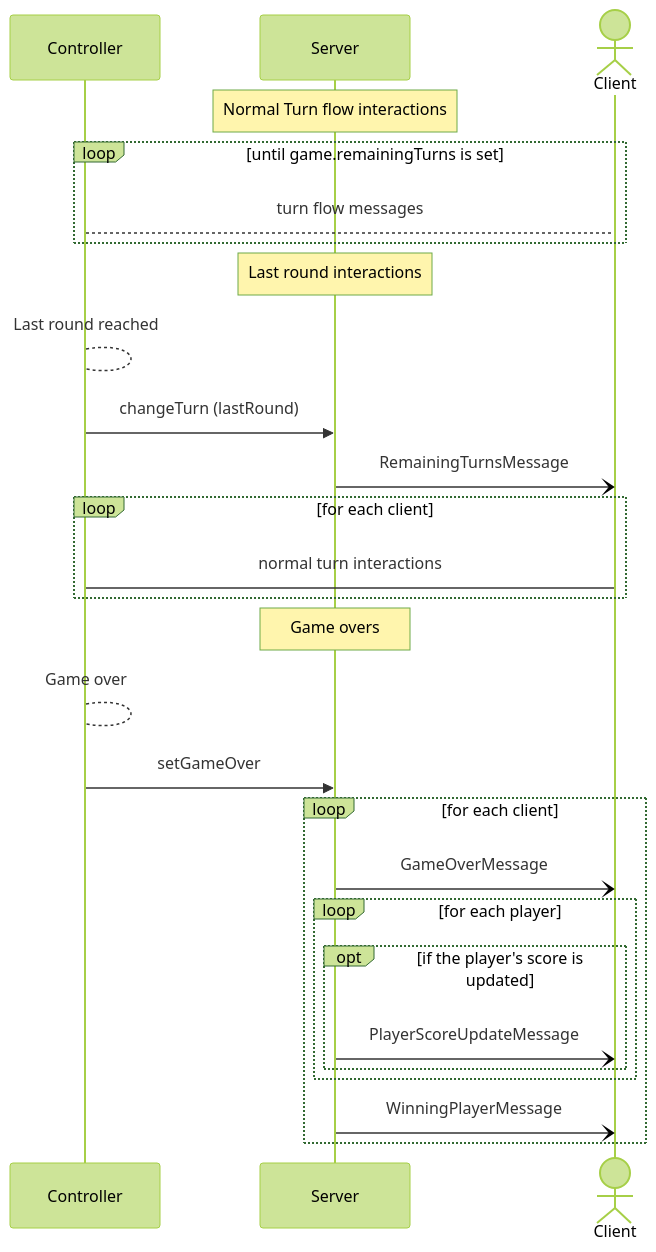
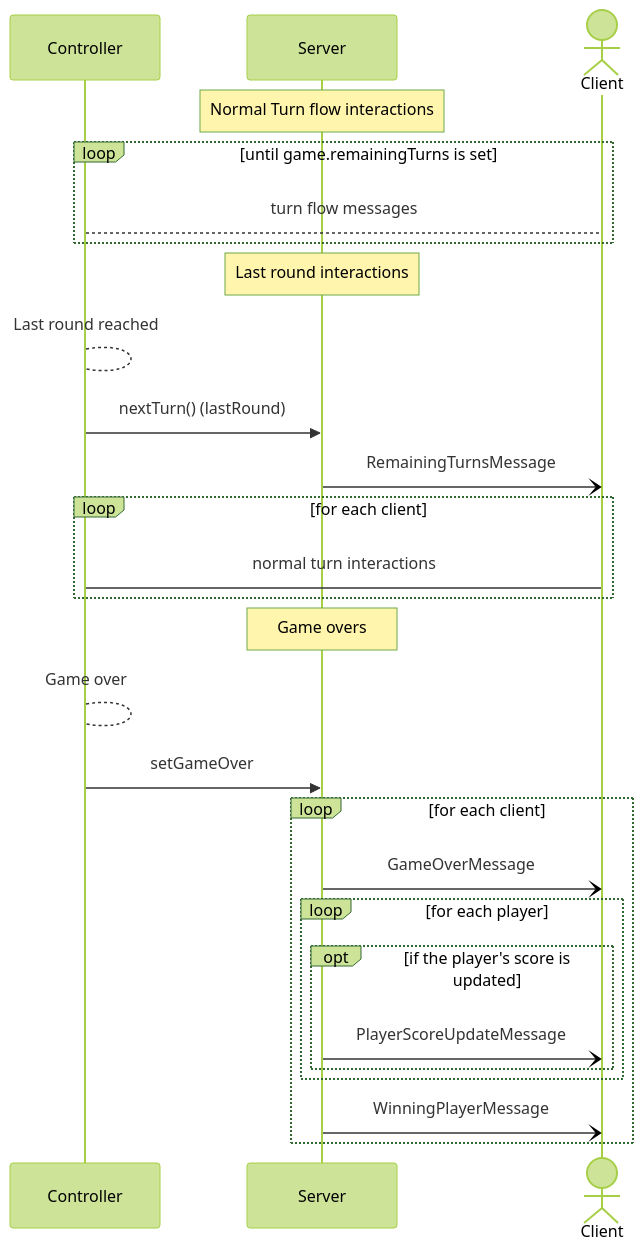
The fifth of 6 diagrams in documentation_wip/network_protocol.md (frephs/IS24-AM21), drawn with Mermaid (forest theme) before and after one commit.

````diff
--- a/documentation_wip/network_protocol.md
+++ b/documentation_wip/network_protocol.md
@@ -188,33 +188,33 @@
 ```mermaid
 sequenceDiagram
     participant Controller
     participant Server
     actor Client
 
     Note over Server: Normal Turn flow interactions
     loop until game.remainingTurns is set
         Controller --> Client : turn flow messages 
     end 
 
     Note over Server: Last round interactions
     Controller --> Controller: Last round reached
-    Controller ->> Server: changeTurn (lastRound)
+    Controller ->> Server: nextTurn() (lastRound)
 
     Server -) Client : RemainingTurnsMessage 
     loop for each client 
         Controller -> Client : normal turn interactions 
     end 
     
     Note over Server: Game overs
     Controller --> Controller: Game over
     Controller ->> Server: setGameOver
     loop for each client 
         Server -) Client : GameOverMessage
         loop for each player
             opt if the player's score is updated
                 Server -) Client : PlayerScoreUpdateMessage
             end
         end
         Server -) Client : WinningPlayerMessage  
     end
 ```
````
